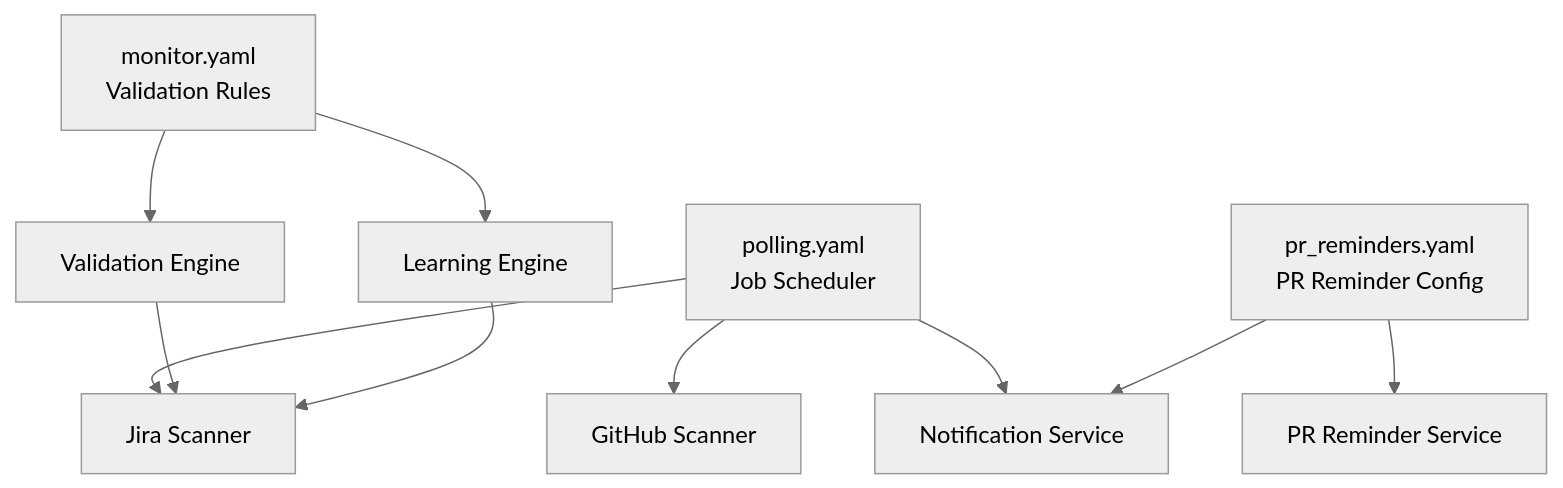
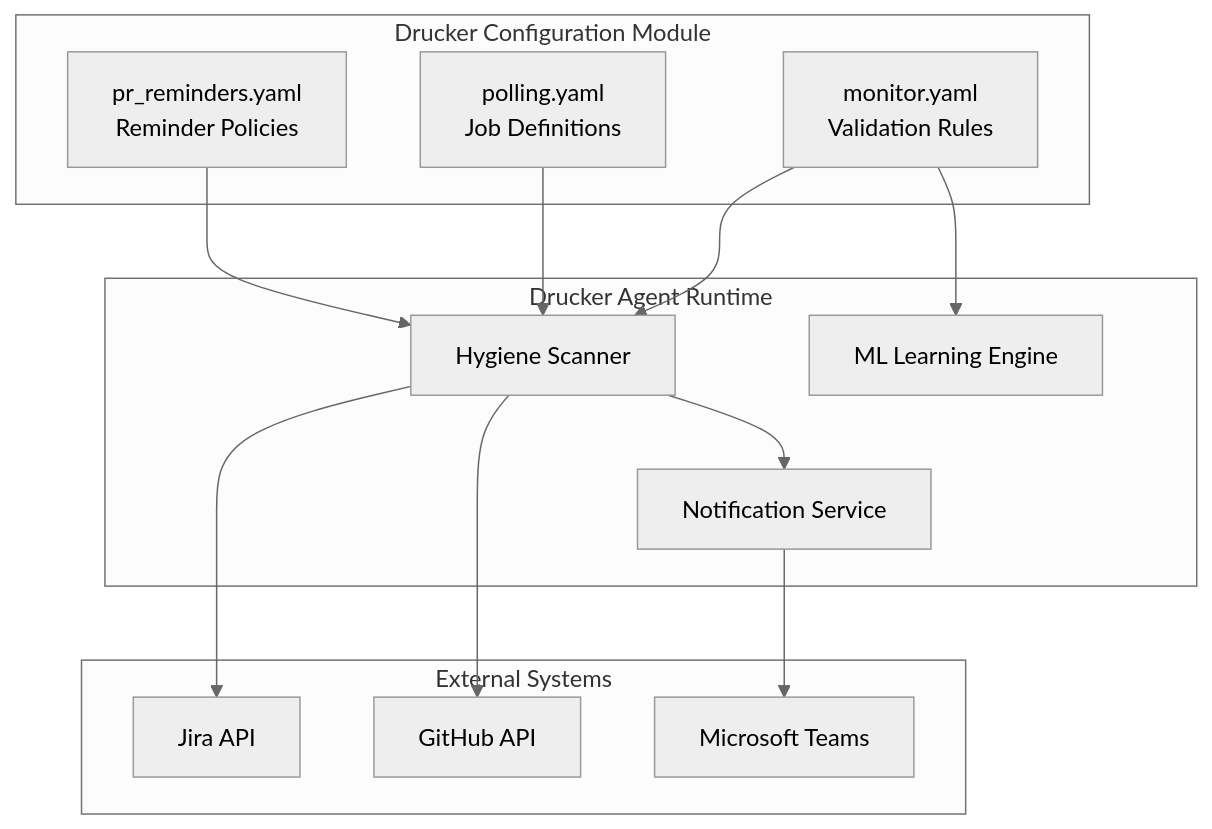
The first of 4 diagrams in agents/drucker/docs/config.md (jmac-cornelis/agent-workforce), drawn with Mermaid (neutral theme) before and after one commit. The commit also changed other lines of this file and 4 other files, not shown here.

````diff
--- a/agents/drucker/docs/config.md
+++ b/agents/drucker/docs/config.md
@@ -25,19 +25,31 @@
 ```mermaid
 graph TB
-    Monitor[monitor.yaml<br/>Validation Rules]
-    Polling[polling.yaml<br/>Job Scheduler]
-    PRReminders[pr_reminders.yaml<br/>PR Reminder Config]
+    subgraph "Drucker Configuration Module"
+        Monitor[monitor.yaml<br/>Validation Rules]
+        Polling[polling.yaml<br/>Job Definitions]
+        PRReminders[pr_reminders.yaml<br/>Reminder Policies]
+    end
     
-    Monitor --> ValidationEngine[Validation Engine]
-    Monitor --> LearningEngine[Learning Engine]
+    subgraph "External Systems"
+        Jira[Jira API]
+        GitHub[GitHub API]
+        Teams[Microsoft Teams]
+    end
     
-    Polling --> JiraScanner[Jira Scanner]
-    Polling --> GitHubScanner[GitHub Scanner]
-    Polling --> NotificationService[Notification Service]
+    subgraph "Drucker Agent Runtime"
+        Scanner[Hygiene Scanner]
+        Learner[ML Learning Engine]
+        Notifier[Notification Service]
+    end
     
-    PRReminders --> PRReminderService[PR Reminder Service]
-    PRReminders --> NotificationService
+    Monitor --> Scanner
+    Polling --> Scanner
+    PRReminders --> Scanner
     
-    ValidationEngine --> JiraScanner
-    LearningEngine --> JiraScanner
+    Scanner --> Jira
+    Scanner --> GitHub
+    Scanner --> Notifier
+    
+    Monitor --> Learner
+    Notifier --> Teams
 ```
````
